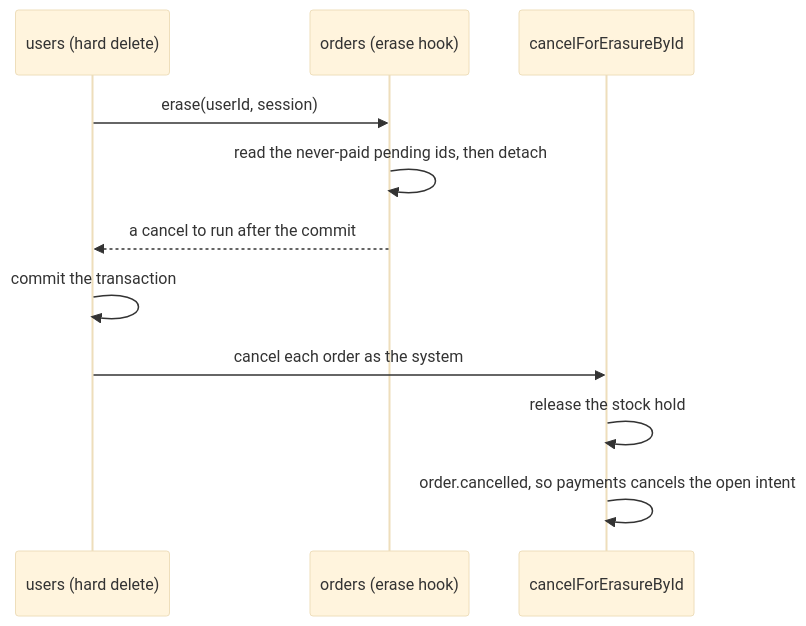
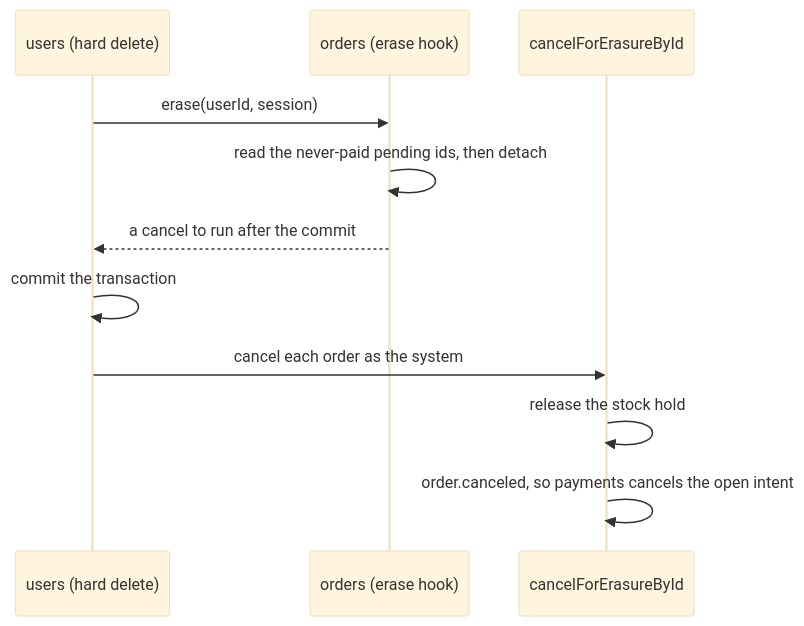
Before and after one commit to Guebbit/boilerplate-node-backend: the third of 9 diagrams in docs/modules/orders.md, drawn with Mermaid (base theme). The commit also changed other lines of this file and 301 other files, not shown here.

````diff
--- a/docs/modules/orders.md
+++ b/docs/modules/orders.md
@@ -198,13 +198,13 @@
 ```mermaid
 sequenceDiagram
     participant U as users (hard delete)
     participant O as orders (erase hook)
     participant S as cancelForErasureById
     U->>O: erase(userId, session)
     O->>O: read the never-paid pending ids, then detach
     O-->>U: a cancel to run after the commit
     U->>U: commit the transaction
     U->>S: cancel each order as the system
     S->>S: release the stock hold
-    S->>S: order.cancelled, so payments cancels the open intent
+    S->>S: order.canceled, so payments cancels the open intent
 ```
````
